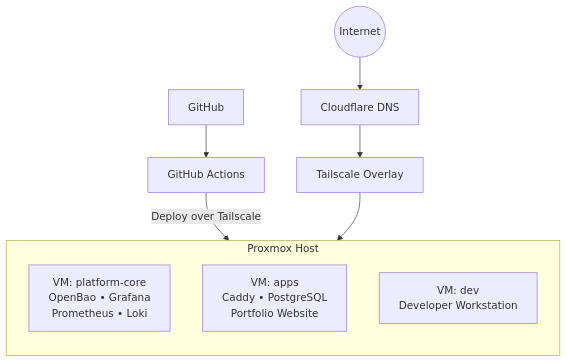
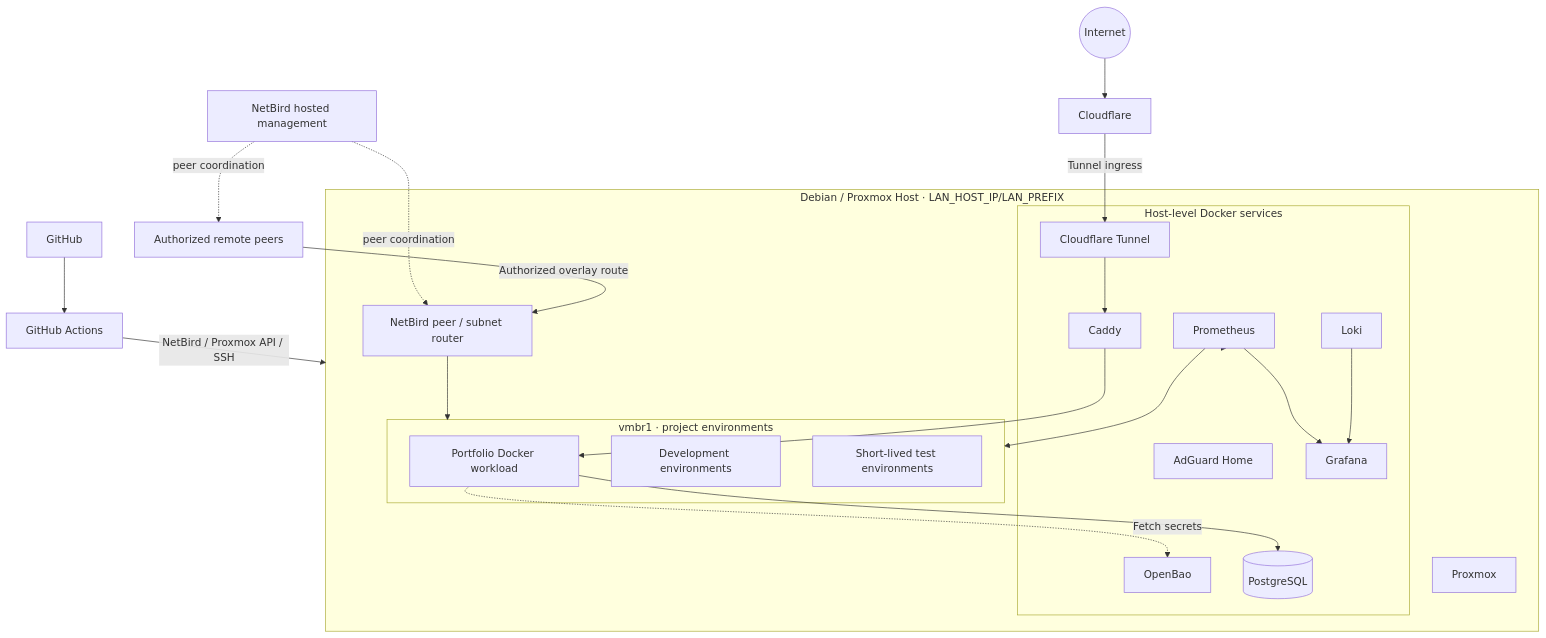
The diagram in docs/design.md (JT2M0L3Y/homelab), drawn with Mermaid before and after one commit. The commit also changed other lines of this file and 13 other files, not shown here.

````diff
--- a/docs/design.md
+++ b/docs/design.md
@@ -95,23 +88,46 @@
 ```mermaid
 flowchart TB
     Internet((Internet))
-    CF[Cloudflare DNS]
-    TS[Tailscale Overlay]
-
-    subgraph Proxmox["Proxmox Host"]
-        direction TB
-        PC[VM: platform-core<br/>OpenBao • Grafana<br/>Prometheus • Loki]
-        APPS[VM: apps<br/>Caddy • PostgreSQL<br/>Portfolio Website]
-        DEV[VM: dev<br/>Developer Workstation]
-    end
-
+    CF[Cloudflare]
+    NB[NetBird hosted management]
+    Remote[Authorized remote peers]
     GH[GitHub]
     GHA[GitHub Actions]
 
+    subgraph Host["Debian / Proxmox Host · LAN_HOST_IP/LAN_PREFIX"]
+        NetBird[NetBird peer / subnet router]
+        subgraph Core["Host-level Docker services"]
+            AGH[AdGuard Home]
+            Bao[OpenBao]
+            Caddy[Caddy]
+            PG[(PostgreSQL)]
+            Prom[Prometheus]
+            Grafana[Grafana]
+            Loki[Loki]
+            Tunnel[Cloudflare Tunnel]
+        end
+        PVE[Proxmox]
+        subgraph Projects["vmbr1 · project environments"]
+            Portfolio[Portfolio Docker workload]
+            Dev[Development environments]
+            Test[Short-lived test environments]
+        end
+    end
+
+    NB -. peer coordination .-> NetBird
+    NB -. peer coordination .-> Remote
+    Remote -->|Authorized overlay route| NetBird
+    NetBird --> Projects
+    GH --> GHA
+    GHA -->|NetBird / Proxmox API / SSH| Host
     Internet --> CF
-    CF --> TS
-    TS --> Proxmox
-
-    GH --> GHA
-    GHA -->|Deploy over Tailscale| APPS
+    CF -->|Tunnel ingress| Tunnel
+    Tunnel --> Caddy
+    Caddy --> Portfolio
+    Portfolio --> PG
+    Portfolio -.->|Fetch secrets| Bao
+    Prom --> Core
+    Prom --> Projects
+    Prom --> Grafana
+    Loki --> Grafana
 ```
````
